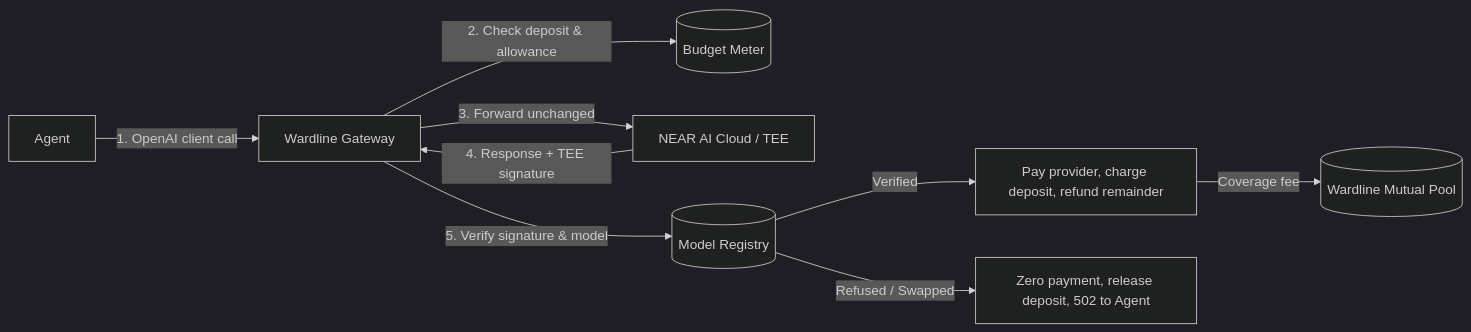
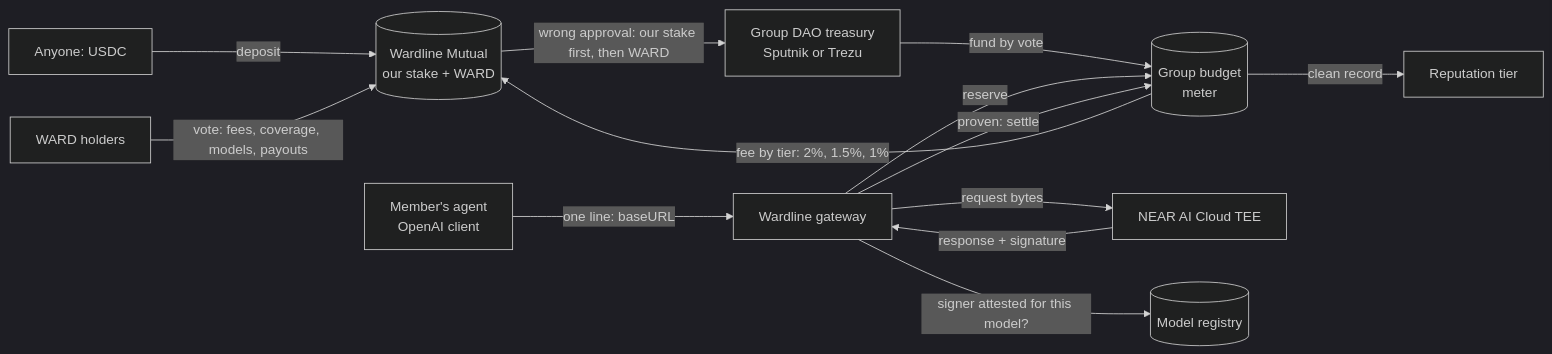
The diagram in README.md (alphabyalex/Near-Hackathon_2026), drawn with Mermaid (dark theme) before and after one commit. The commit also changed other lines of this file and 4 other files, not shown here.

````diff
--- a/README.md
+++ b/README.md
@@ -163,11 +246,15 @@
 ```mermaid
 flowchart LR
-    A[Agent] -->|1. OpenAI client call| B[Wardline Gateway]
-    B -->|2. Check deposit & allowance| C[(Budget Meter)]
-    B -->|3. Forward unchanged| D[NEAR AI Cloud / TEE]
-    D -->|4. Response + TEE signature| B
-    B -->|5. Verify signature & model| E[(Model Registry)]
-    E -->|Verified| F[Pay provider, charge deposit, refund remainder]
-    E -->|Refused / Swapped| G[Zero payment, release deposit, 502 to Agent]
-    F -->|Coverage fee| H[(Wardline Mutual Pool)]
+    LP[Anyone: USDC] -->|deposit| M[(Wardline Mutual<br/>our stake + WARD)]
+    DAO[Group DAO treasury<br/>Sputnik or Trezu] -->|fund by vote| B[(Group budget<br/>meter)]
+    A[Member's agent<br/>OpenAI client] -->|one line: baseURL| G[Wardline gateway]
+    G -->|reserve| B
+    G -->|request bytes| N[NEAR AI Cloud TEE]
+    N -->|response + signature| G
+    G -->|signer attested for this model?| R[(Model registry)]
+    G -->|proven: settle| B
+    B -->|fee by tier: 2%, 1.5%, 1%| M
+    B -->|clean record| T[Reputation tier]
+    W[WARD holders] -->|vote: fees, coverage, models, payouts| M
+    M -->|wrong approval: our stake first, then WARD| DAO
 ```
````
